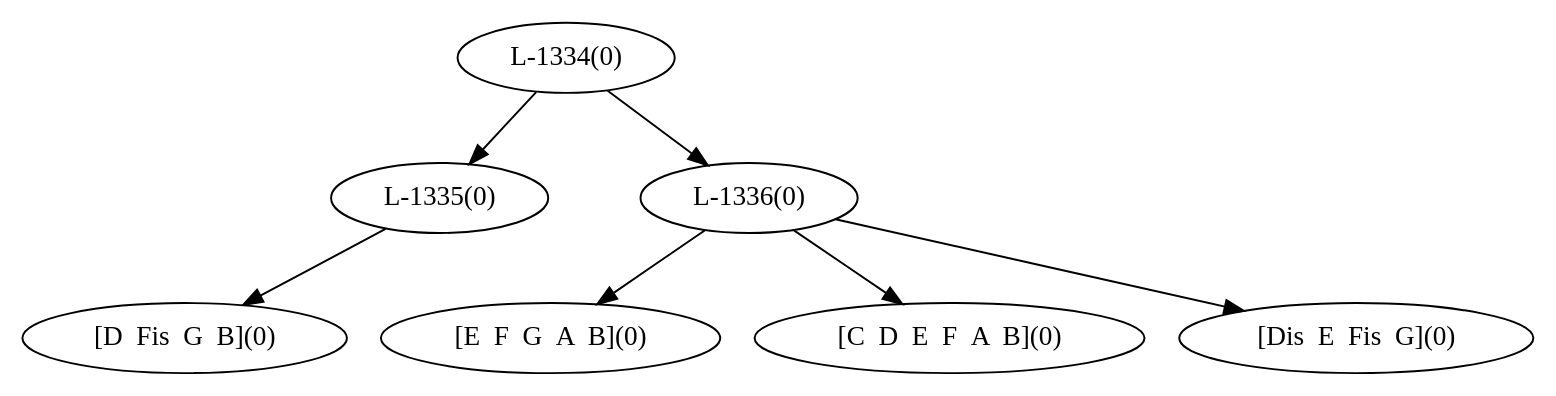
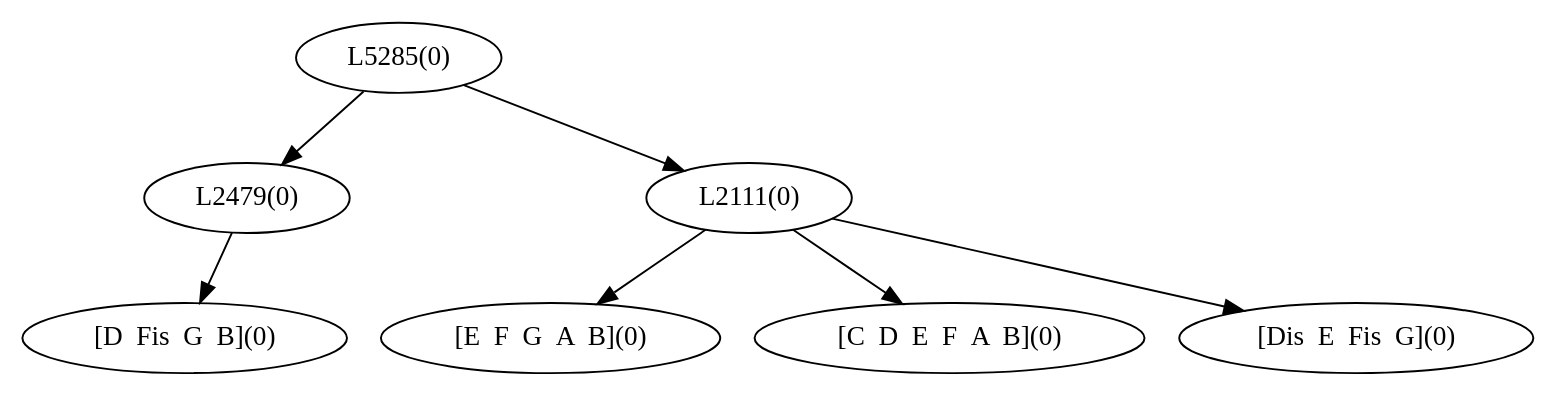
The diagram in Result/dot/generation1_utter1.dot (dousu/MAILM), drawn with Graphviz before and after one commit. The commit also changed 110 other files, not shown here.

```diff
--- a/Result/dot/generation1_utter1.dot
+++ b/Result/dot/generation1_utter1.dot
@@ -1,11 +1,11 @@
 digraph sample{
-"L-1335(0)"->"[D  Fis  G  B](0)"
-"L-1336(0)"->"[E  F  G  A  B](0)"
-"L-1336(0)"->"[C  D  E  F  A  B](0)"
-"L-1336(0)"->"[Dis  E  Fis  G](0)"
-"L-1334(0)"->"L-1335(0)"
-"L-1334(0)"->"L-1336(0)"
-{rank = min; "L-1334(0)"}
-{rank = same; "L-1335(0)"; "L-1336(0)";}
+"L2479(0)"->"[D  Fis  G  B](0)"
+"L2111(0)"->"[E  F  G  A  B](0)"
+"L2111(0)"->"[C  D  E  F  A  B](0)"
+"L2111(0)"->"[Dis  E  Fis  G](0)"
+"L5285(0)"->"L2479(0)"
+"L5285(0)"->"L2111(0)"
+{rank = min; "L5285(0)"}
+{rank = same; "L2479(0)"; "L2111(0)";}
 {rank = max; "[C  D  E  F  A  B](0)"; "[D  Fis  G  B](0)"; "[Dis  E  Fis  G](0)"; "[E  F  G  A  B](0)";}
 }
```
